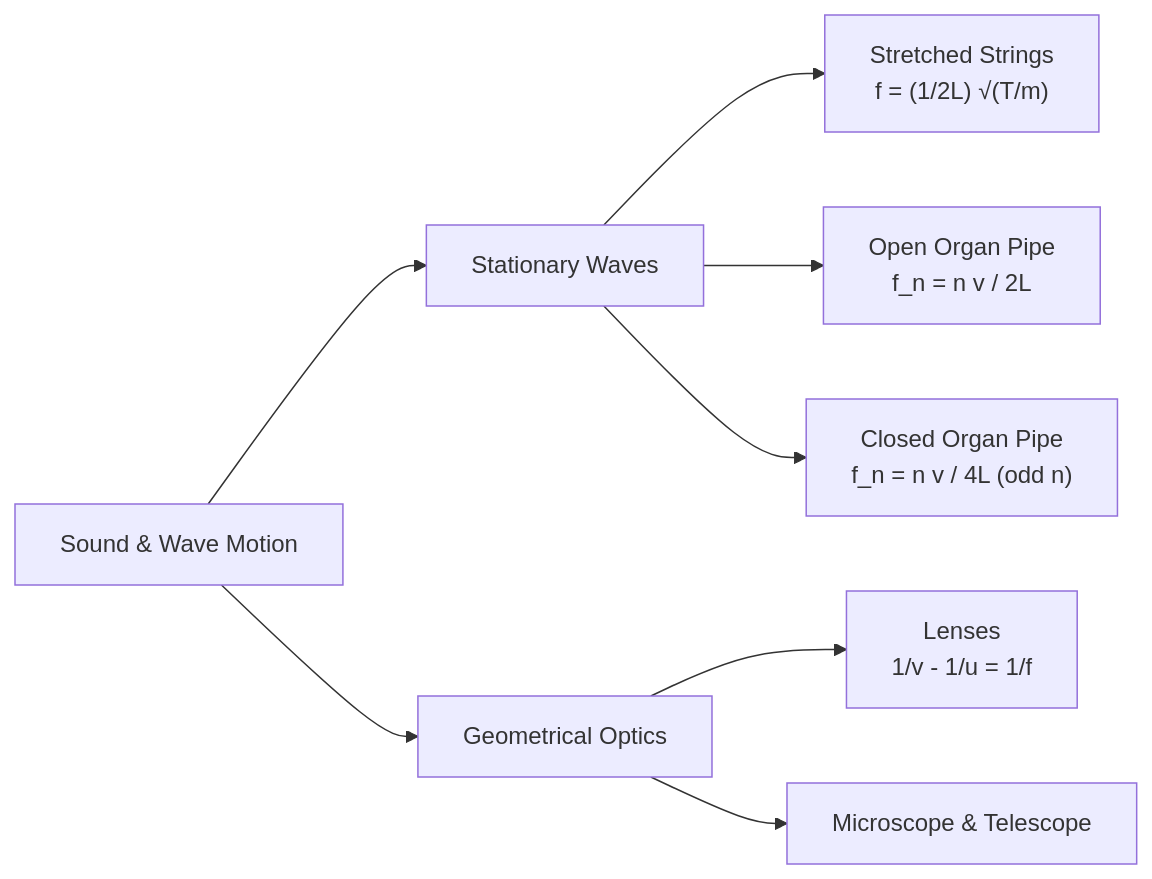
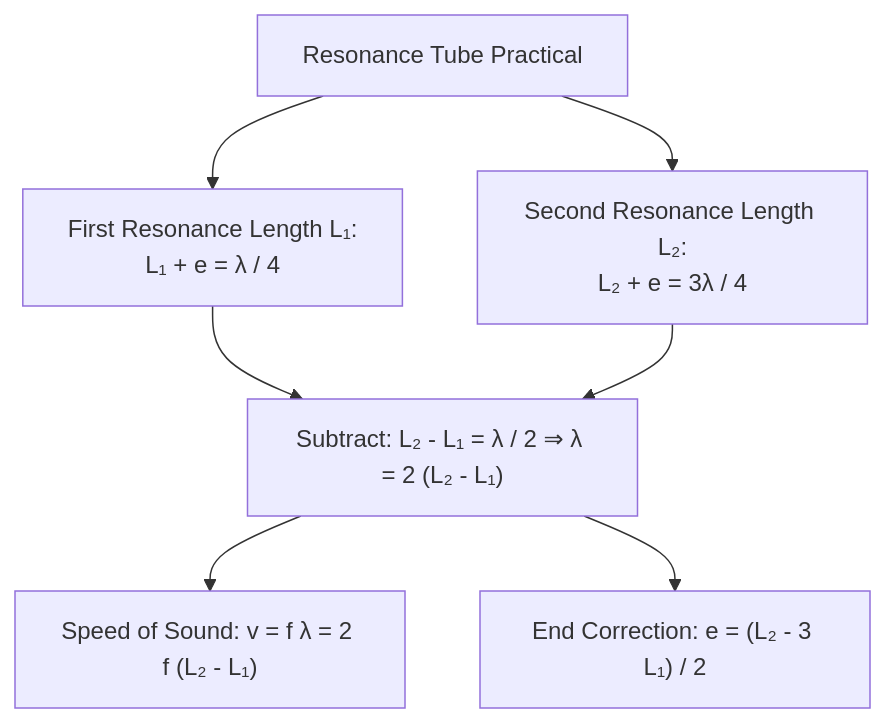
One commit to zenyyxz/Zen_dx-Notes changed the fifth of 7 diagrams in 02 - Physics/Lesson 03 - Oscillations & Waves.md. Above: the diagram before and after it, drawn with Mermaid. The commit also changed other lines of this file and 10 other files, not shown here.

````diff
--- a/02 - Physics/Lesson 03 - Oscillations & Waves.md
+++ b/02 - Physics/Lesson 03 - Oscillations & Waves.md
@@ -41,12 +242,8 @@
 ```mermaid
-graph LR
-    Waves["Sound & Wave Motion"] --> Stat["Stationary Waves"]
-    Waves --> Optics["Geometrical Optics"]
-
-    Stat --> Strings["Stretched Strings<br>f = (1/2L) √(T/m)"]
-    Stat --> OpenPipe["Open Organ Pipe<br>f_n = n v / 2L"]
-    Stat --> ClosedPipe["Closed Organ Pipe<br>f_n = n v / 4L (odd n)"]
-
-    Optics --> Lenses["Lenses<br>1/v - 1/u = 1/f"]
-    Optics --> Inst["Microscope & Telescope"]
+graph TD
+    Tube["Resonance Tube Practical"] --> Mode1["First Resonance Length L₁:<br>L₁ + e = λ / 4"]
+    Tube --> Mode2["Second Resonance Length L₂:<br>L₂ + e = 3λ / 4"]
+    Mode1 & Mode2 --> Subtract["Subtract: L₂ - L₁ = λ / 2 ⇒ λ = 2 (L₂ - L₁)"]
+    Subtract --> SpeedCalc["Speed of Sound: v = f λ = 2 f (L₂ - L₁)"]
+    Subtract --> EndCorrCalc["End Correction: e = (L₂ - 3 L₁) / 2"]
 ```
````
